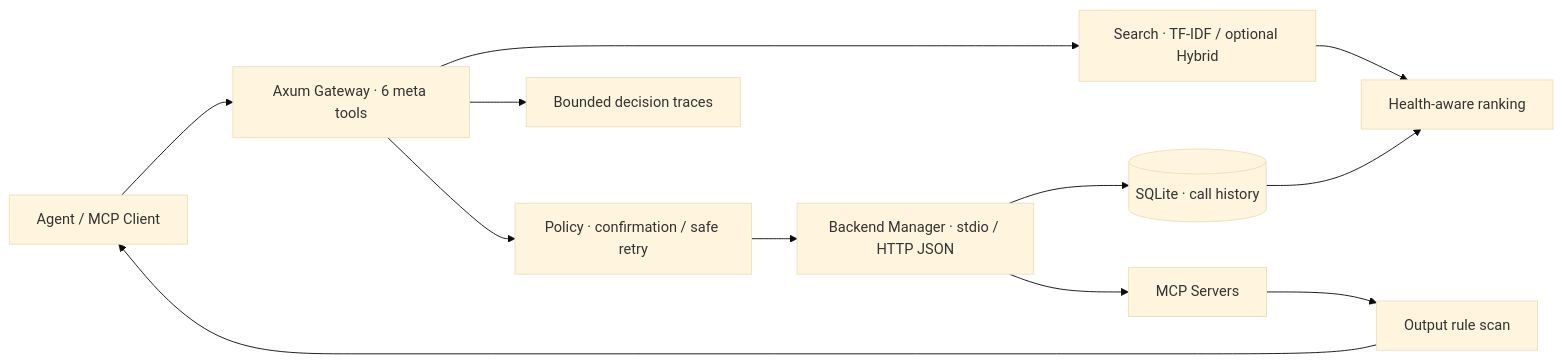
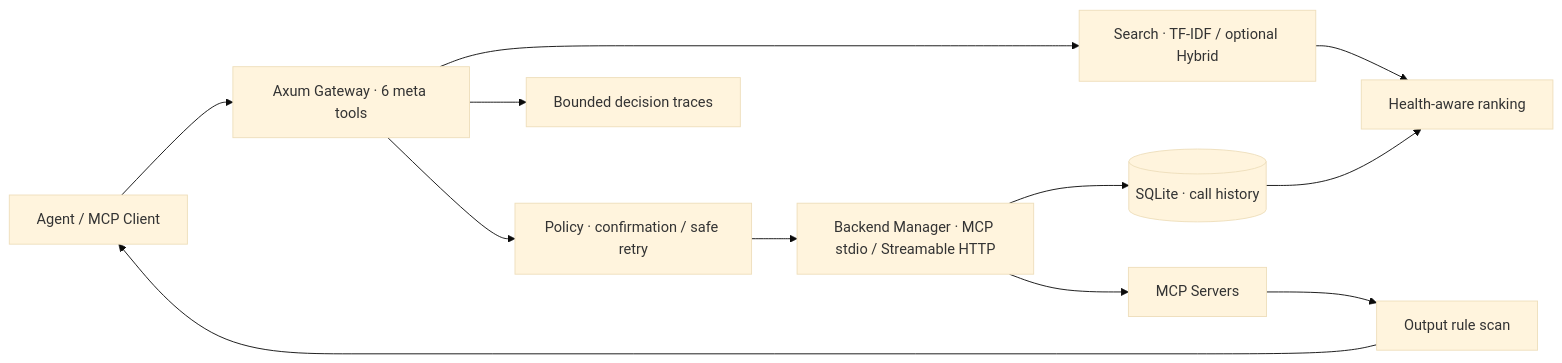
The diagram in README.md (fan-123kf/mcp-sentinel), drawn with Mermaid (base theme) before and after one commit. The commit also changed other lines of this file and 15 other files, not shown here.

Commit message:
feat: add MCP streamable HTTP gateway transport

````diff
--- a/README.md
+++ b/README.md
@@ -23,14 +23,14 @@
 ```mermaid
 flowchart LR
     A[Agent / MCP Client] --> G[Axum Gateway · 6 meta tools]
     G --> S[Search · TF-IDF / optional Hybrid]
     S --> H[Health-aware ranking]
     G --> P[Policy · confirmation / safe retry]
-    P --> B[Backend Manager · stdio / HTTP JSON]
+    P --> B[Backend Manager · MCP stdio / Streamable HTTP]
     B --> M[MCP Servers]
     M --> O[Output rule scan]
     O --> A
     B --> D[(SQLite · call history)]
     D --> H
     G --> T[Bounded decision traces]
 ```
````
